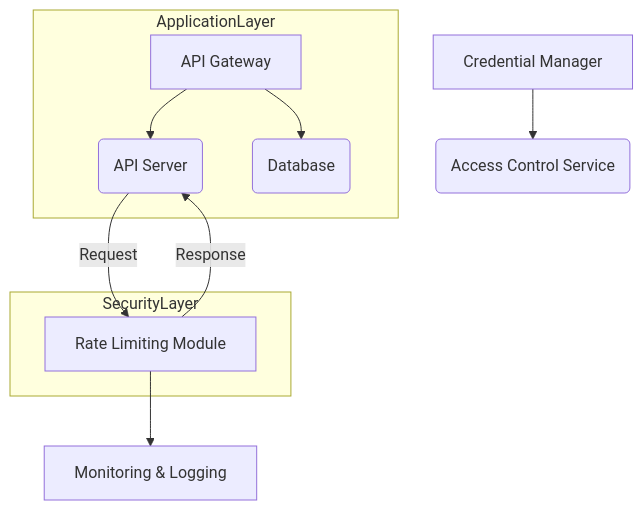
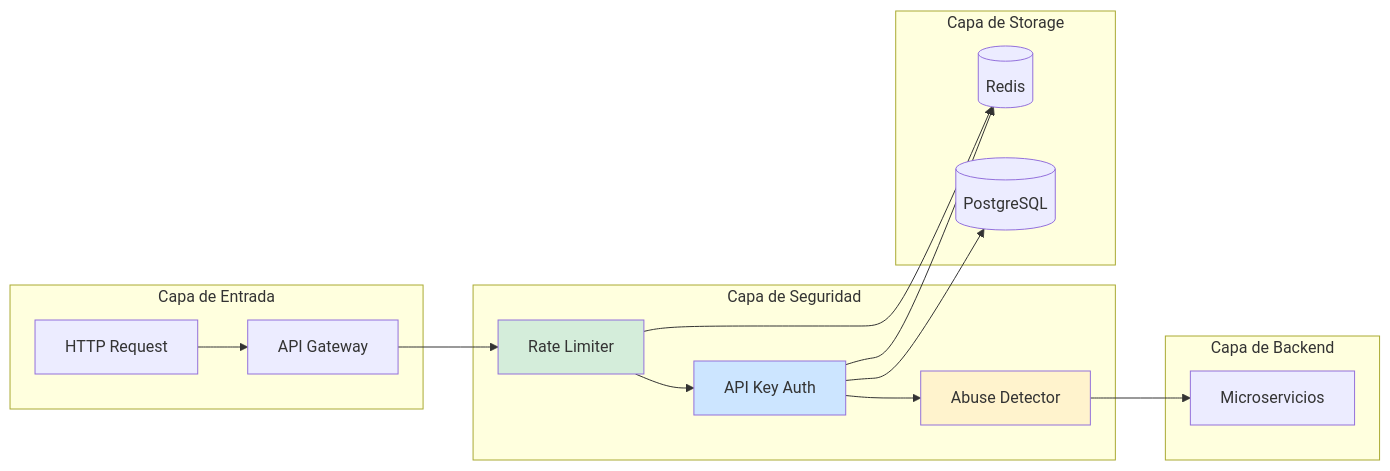
Before and after one commit to Joaquinriosheredia/DAM-Java-Mastery: the second of 3 diagrams in _Review/seguridad_en_apis_rate_limit_api_keys_y_abuse/seguridad_en_apis_rate_limit_api_keys_y_abuse.md, drawn with Mermaid. The commit also changed other lines of this file, not shown here.

Commit message:
seguridad_en_apis_rate_limit_api_keys_y_abuse.md

````diff
--- a/_Review/seguridad_en_apis_rate_limit_api_keys_y_abuse/seguridad_en_apis_rate_limit_api_keys_y_abuse.md
+++ b/_Review/seguridad_en_apis_rate_limit_api_keys_y_abuse/seguridad_en_apis_rate_limit_api_keys_y_abuse.md
@@ -49,20 +156,35 @@
 ```mermaid
-graph TD
-    A[API Gateway] --> B(API Server)
-    A --> C(Database)
-    D[Credential Manager] --> E(Access Control Service)
-    F[Rate Limiting Module] --> G[Monitoring & Logging]
-    
-    B -- "Request" --> F
-    F -- "Response" --> B
-
-    subgraph SecurityLayer
-        F
+graph LR
+    subgraph "Capa de Entrada"
+        REQ[HTTP Request]
+        GW[API Gateway]
     end
     
-    subgraph ApplicationLayer
-        A
-        B
-        C
+    subgraph "Capa de Seguridad"
+        RL[Rate Limiter]
+        AUTH[API Key Auth]
+        ABUSE[Abuse Detector]
     end
+    
+    subgraph "Capa de Backend"
+        SVC[Microservicios]
+    end
+    
+    subgraph "Capa de Storage"
+        REDIS[(Redis)]
+        DB[(PostgreSQL)]
+    end
+    
+    REQ --> GW
+    GW --> RL
+    RL --> AUTH
+    AUTH --> ABUSE
+    ABUSE --> SVC
+    RL --> REDIS
+    AUTH --> REDIS
+    AUTH --> DB
+    
+    style RL fill:#d4edda
+    style AUTH fill:#cce5ff
+    style ABUSE fill:#fff3cd
 ```
````
